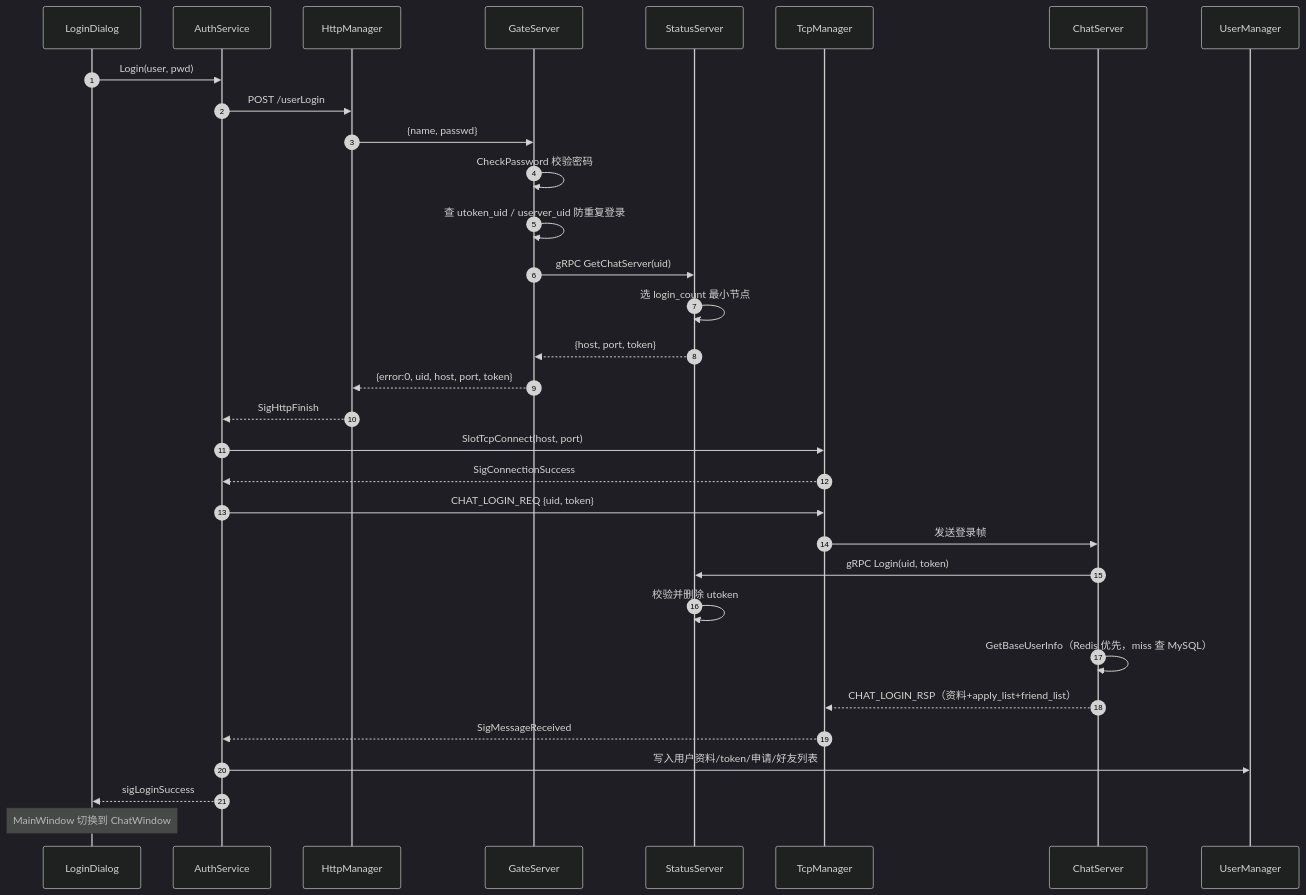
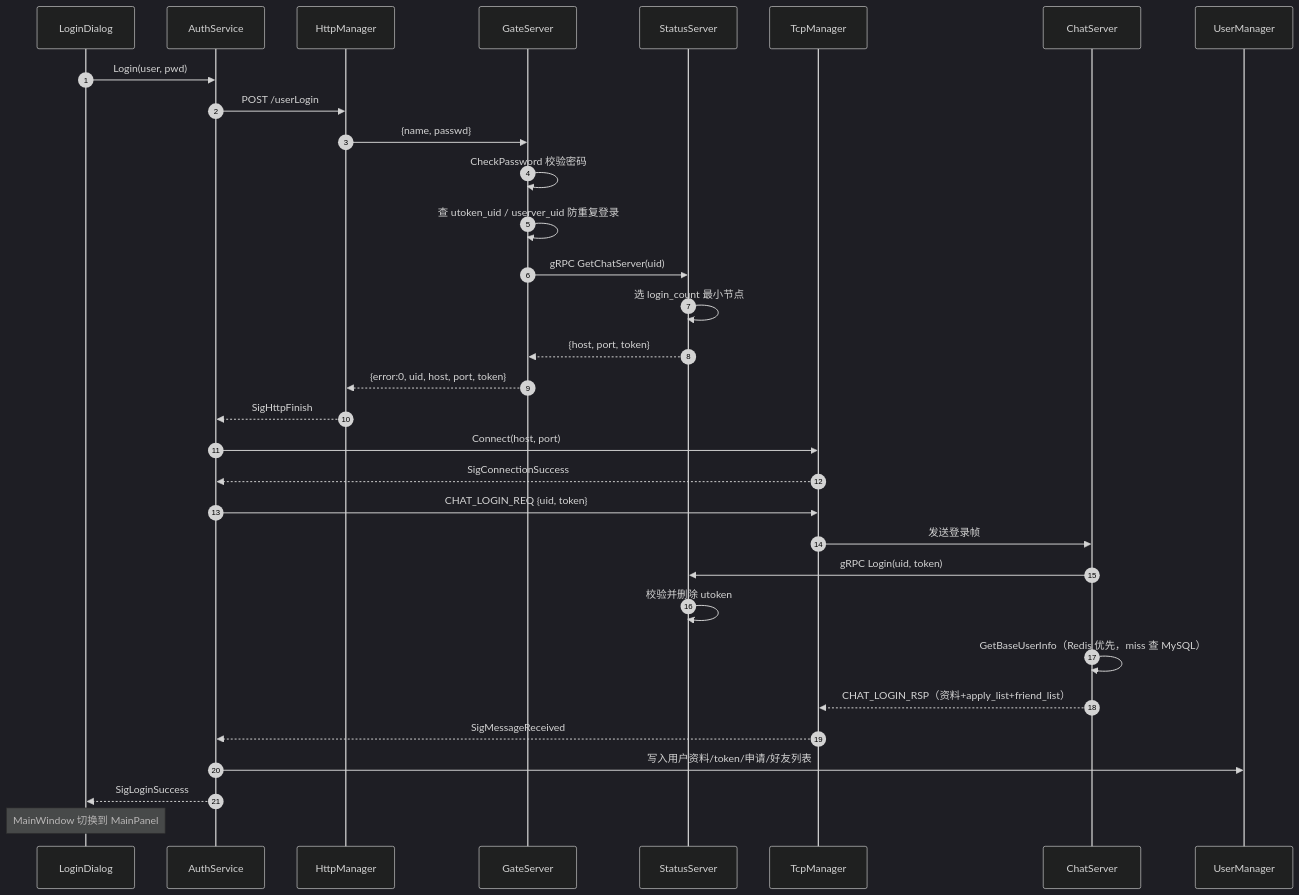
Before and after one commit to codeT2001/MyChat: the second of 10 diagrams in Client/README.md, drawn with Mermaid (dark theme). The commit also changed other lines of this file and 132 other files, not shown here.

````diff
--- a/Client/README.md
+++ b/Client/README.md
@@ -111,35 +111,35 @@
 ```mermaid
 sequenceDiagram
     autonumber
     participant D as LoginDialog
     participant A as AuthService
     participant H as HttpManager
     participant G as GateServer
     participant S as StatusServer
     participant T as TcpManager
     participant C as ChatServer
     participant U as UserManager
 
     D->>A: Login(user, pwd)
     A->>H: POST /userLogin
     H->>G: {name, passwd}
     G->>G: CheckPassword 校验密码
     G->>G: 查 utoken_uid / userver_uid 防重复登录
     G->>S: gRPC GetChatServer(uid)
     S->>S: 选 login_count 最小节点
     S-->>G: {host, port, token}
     G-->>H: {error:0, uid, host, port, token}
     H-->>A: SigHttpFinish
-    A->>T: SlotTcpConnect(host, port)
+    A->>T: Connect(host, port)
     T-->>A: SigConnectionSuccess
     A->>T: CHAT_LOGIN_REQ {uid, token}
     T->>C: 发送登录帧
     C->>S: gRPC Login(uid, token)
     S->>S: 校验并删除 utoken
     C->>C: GetBaseUserInfo（Redis 优先，miss 查 MySQL）
     C-->>T: CHAT_LOGIN_RSP（资料+apply_list+friend_list）
     T-->>A: SigMessageReceived
     A->>U: 写入用户资料/token/申请/好友列表
-    A-->>D: sigLoginSuccess
-    Note over D: MainWindow 切换到 ChatWindow
+    A-->>D: SigLoginSuccess
+    Note over D: MainWindow 切换到 MainPanel
 ```
````
